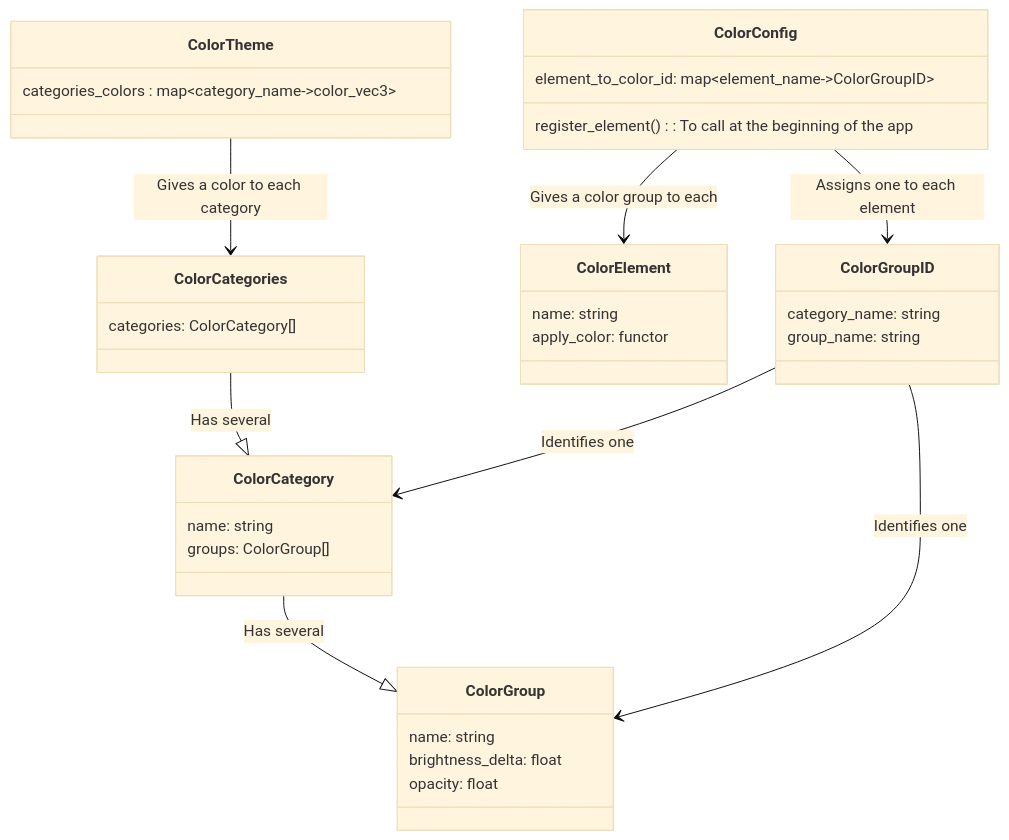
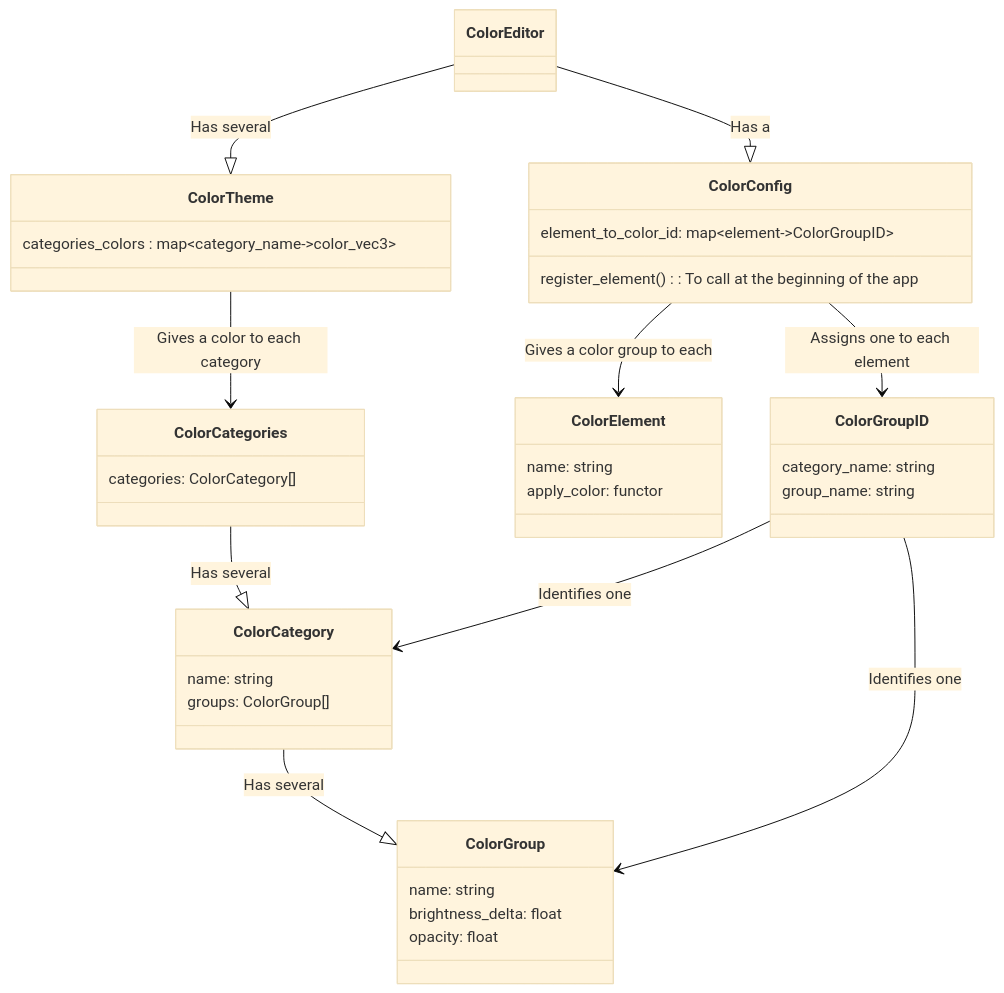
The diagram in README_DEV.md (CoolLibs/ImGui_StyleEditor), drawn with Mermaid (base theme) before and after one commit. The commit also changed 10 other files, not shown here.

Commit message:
✨ Add Editor and registration of elements in the Config

````diff
--- a/README_DEV.md
+++ b/README_DEV.md
@@ -11,37 +11,39 @@
 ```mermaid
 classDiagram
+    ColorEditor --|> ColorConfig: Has a
+    ColorEditor --|> ColorTheme: Has several
     ColorCategories --|> ColorCategory : Has several
     ColorCategory --|> ColorGroup : Has several
     ColorConfig --> ColorElement : Gives a color group to each
     ColorConfig --> ColorGroupID : Assigns one to each element
     ColorTheme --> ColorCategories : Gives a color to each category
     ColorGroupID --> ColorCategory : Identifies one
     ColorGroupID --> ColorGroup : Identifies one
     class ColorConfig{
-        element_to_color_id: map&ltelement_name->ColorGroupID&gt
+        element_to_color_id: map&ltelement->ColorGroupID&gt
         register_element(): To call at the beginning of the app
     }
     class ColorTheme{
         categories_colors : map&ltcategory_name->color_vec3&gt
     }
     class ColorCategories{
         categories: ColorCategory[]
     }
     class ColorCategory{
         name: string
         groups: ColorGroup[]
     }
     class ColorGroup{
         name: string
         brightness_delta: float
         opacity: float
     }
     class ColorElement{
         name: string
         apply_color: functor
     }
     class ColorGroupID{
         category_name: string
         group_name: string
     }
 ```
````
